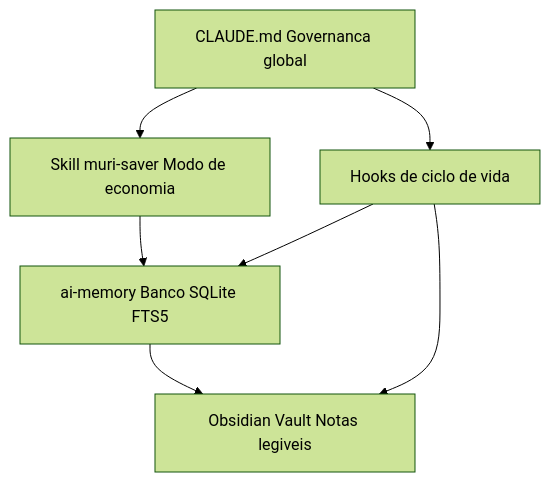
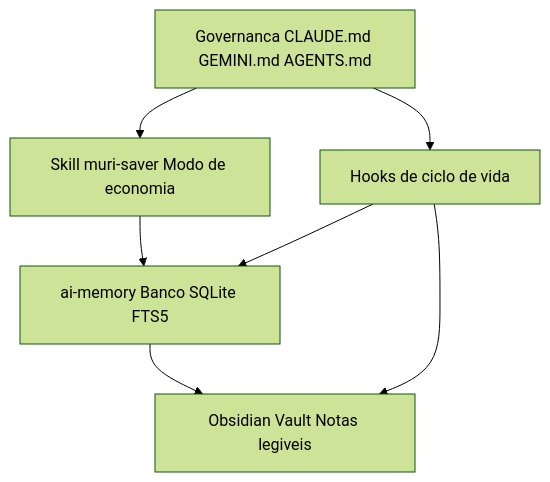
Before and after one commit to murilolol/muri-saver: the first of 2 diagrams in docs/architecture.md, drawn with Mermaid (forest theme). The commit also changed other lines of this file and 19 other files, not shown here.

````diff
--- a/docs/architecture.md
+++ b/docs/architecture.md
@@ -9,15 +22,15 @@
 ```mermaid
 graph TD
-    ClaudeMd["CLAUDE.md Governanca global"]
+    Gov["Governanca CLAUDE.md GEMINI.md AGENTS.md"]
     Skill["Skill muri-saver Modo de economia"]
     Hooks["Hooks de ciclo de vida"]
     AiMemory["ai-memory Banco SQLite FTS5"]
     Vault["Obsidian Vault Notas legiveis"]
 
-    ClaudeMd --> Skill
-    ClaudeMd --> Hooks
+    Gov --> Skill
+    Gov --> Hooks
     Skill --> AiMemory
     Hooks --> AiMemory
     Hooks --> Vault
     AiMemory --> Vault
 ```
````
